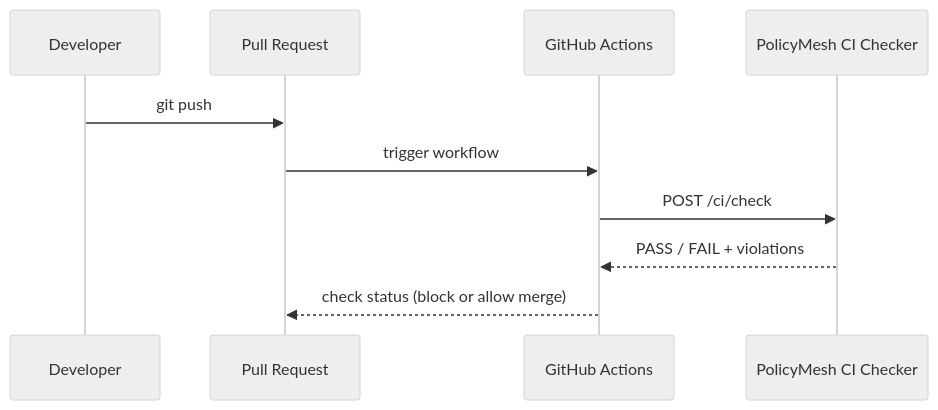
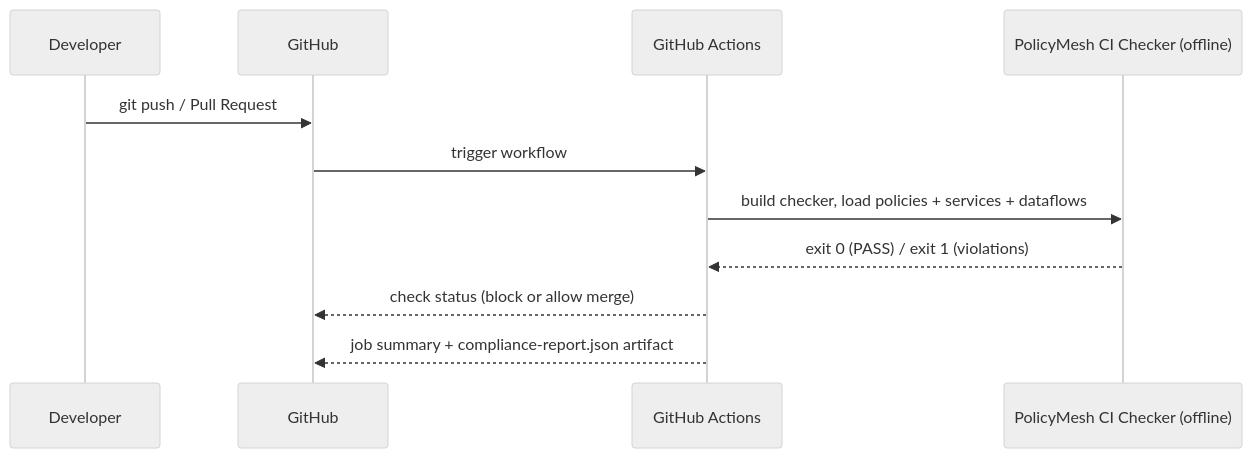
The diagram in docs/CI_INTEGRATION.md (VishalRajExe/PolicyMesh), drawn with Mermaid (neutral theme) before and after one commit. The commit also changed other lines of this file and 164 other files, not shown here.

````diff
--- a/docs/CI_INTEGRATION.md
+++ b/docs/CI_INTEGRATION.md
@@ -7,12 +7,13 @@
 ```mermaid
 sequenceDiagram
     participant Dev as Developer
-    participant GH as Pull Request
+    participant GH as GitHub
     participant GA as GitHub Actions
-    participant PM as PolicyMesh CI Checker
-    Dev->>GH: git push
+    participant CHK as PolicyMesh CI Checker (offline)
+    Dev->>GH: git push / Pull Request
     GH->>GA: trigger workflow
-    GA->>PM: POST /ci/check
-    PM-->>GA: PASS / FAIL + violations
+    GA->>CHK: build checker, load policies + services + dataflows
+    CHK-->>GA: exit 0 (PASS) / exit 1 (violations)
     GA-->>GH: check status (block or allow merge)
+    GA-->>GH: job summary + compliance-report.json artifact
 ```
````
